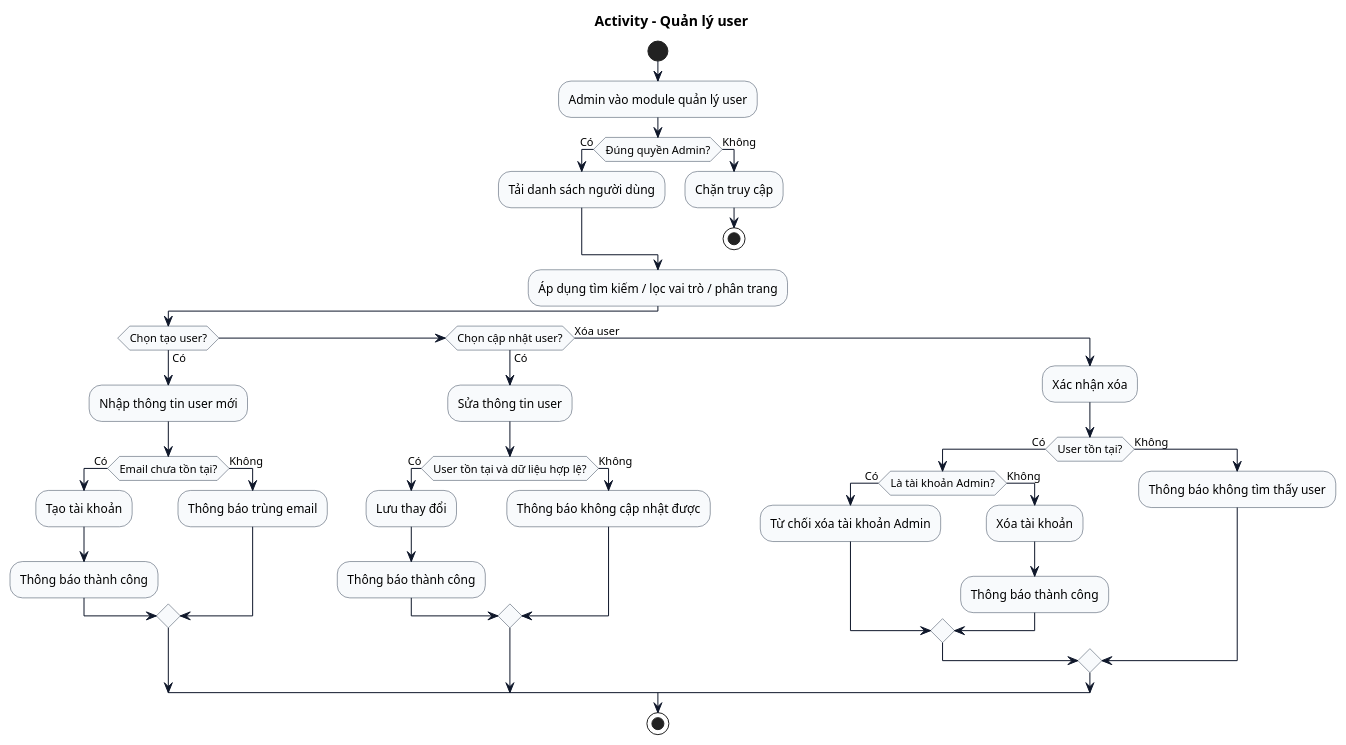
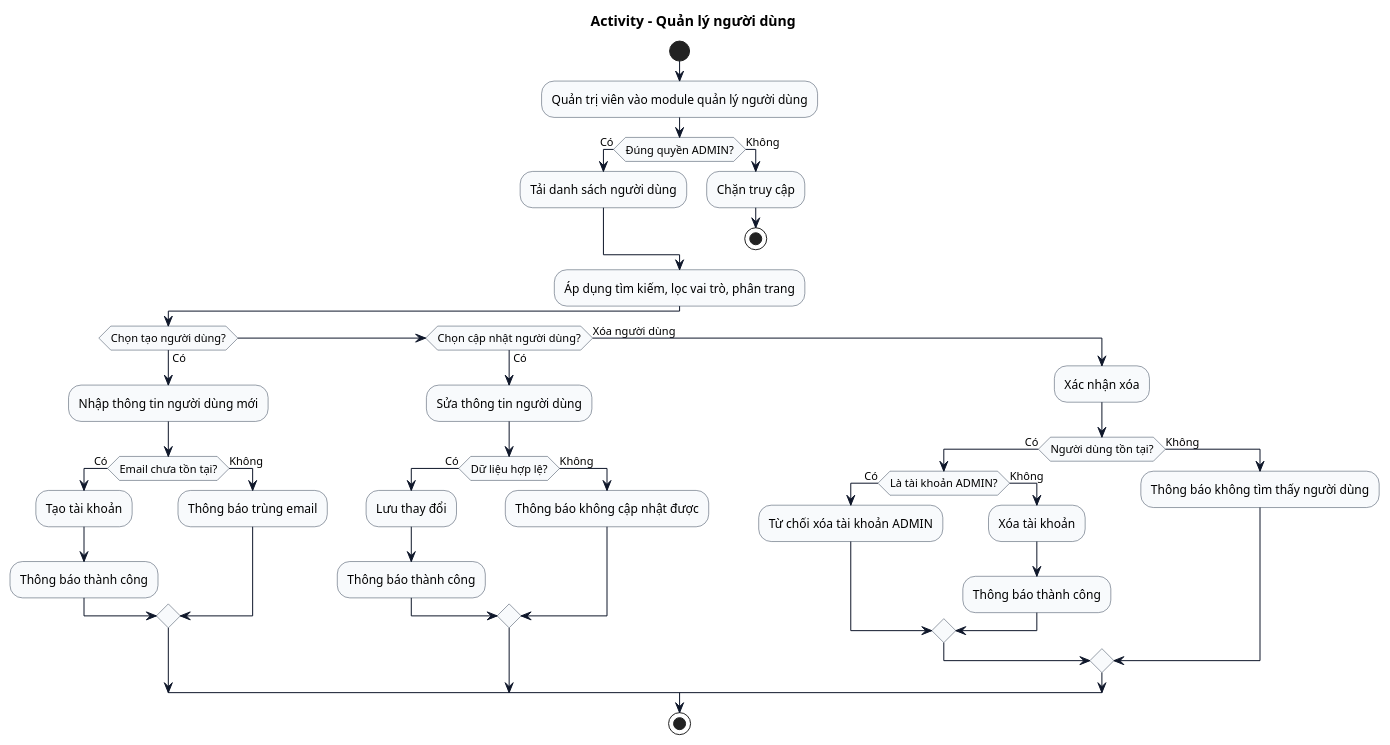
Before and after one commit to minhat5/MeCinema: the diagram in uml/activity/activity-manage-users.puml, drawn with PlantUML. The commit also changed other lines of this file and 25 other files, not shown here.

Commit message:
add full uml

```diff
--- a/uml/activity/activity-manage-users.puml
+++ b/uml/activity/activity-manage-users.puml
@@ -1,52 +1,52 @@
 @startuml
 skinparam shadowing false
 skinparam activity {
   BackgroundColor #F8FAFC
   BorderColor #334155
   ArrowColor #0F172A
 }
 
-title Activity - Quản lý user
+title Activity - Quản lý người dùng
 
 start
-:Admin vào module quản lý user;
-if (Đúng quyền Admin?) then (Có)
+:Quản trị viên vào module quản lý người dùng;
+if (Đúng quyền ADMIN?) then (Có)
   :Tải danh sách người dùng;
 else (Không)
   :Chặn truy cập;
   stop
 endif
 
-:Áp dụng tìm kiếm / lọc vai trò / phân trang;
+:Áp dụng tìm kiếm, lọc vai trò, phân trang;
 
-if (Chọn tạo user?) then (Có)
-  :Nhập thông tin user mới;
+if (Chọn tạo người dùng?) then (Có)
+  :Nhập thông tin người dùng mới;
   if (Email chưa tồn tại?) then (Có)
     :Tạo tài khoản;
     :Thông báo thành công;
   else (Không)
     :Thông báo trùng email;
   endif
-elseif (Chọn cập nhật user?) then (Có)
-  :Sửa thông tin user;
-  if (User tồn tại và dữ liệu hợp lệ?) then (Có)
+elseif (Chọn cập nhật người dùng?) then (Có)
+  :Sửa thông tin người dùng;
+  if (Dữ liệu hợp lệ?) then (Có)
     :Lưu thay đổi;
     :Thông báo thành công;
   else (Không)
     :Thông báo không cập nhật được;
   endif
-else (Xóa user)
+else (Xóa người dùng)
   :Xác nhận xóa;
-  if (User tồn tại?) then (Có)
-    if (Là tài khoản Admin?) then (Có)
-      :Từ chối xóa tài khoản Admin;
+  if (Người dùng tồn tại?) then (Có)
+    if (Là tài khoản ADMIN?) then (Có)
+      :Từ chối xóa tài khoản ADMIN;
     else (Không)
       :Xóa tài khoản;
       :Thông báo thành công;
     endif
   else (Không)
-    :Thông báo không tìm thấy user;
+    :Thông báo không tìm thấy người dùng;
   endif
 endif
 stop
 @enduml
```
